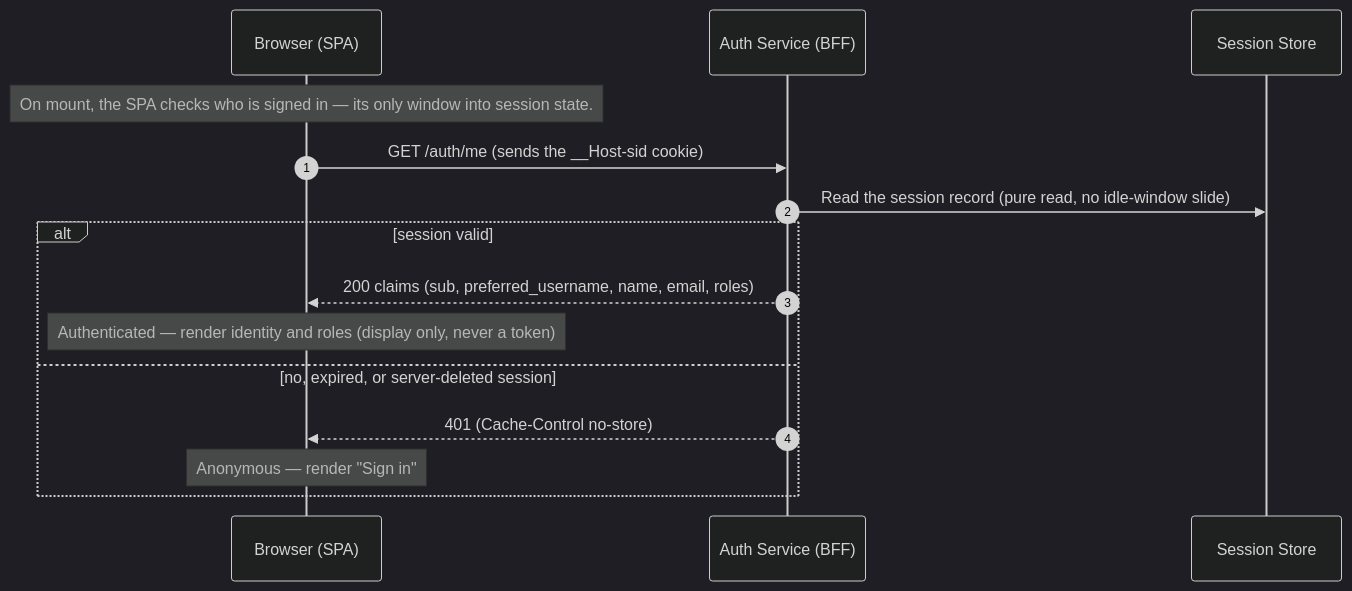
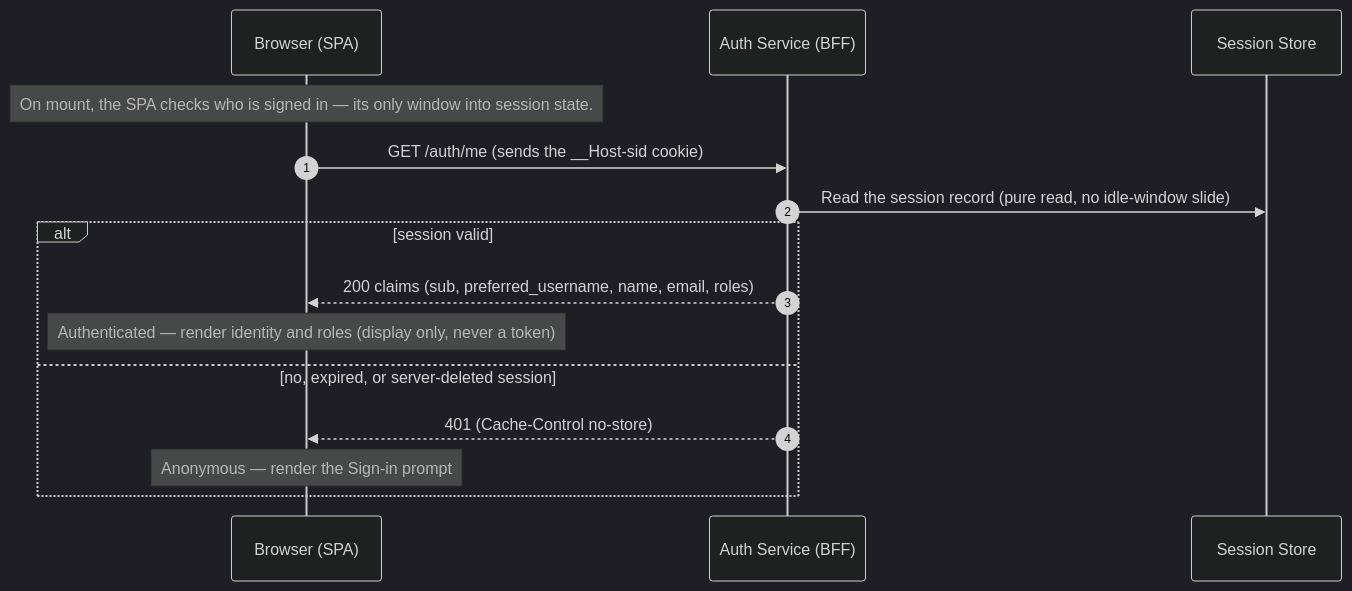
The second of 5 diagrams in README.md (ajaygodbole7/oidc-reference), drawn with Mermaid (dark theme) before and after one commit. The commit also changed other lines of this file, not shown here.

Commit message:
docs(readme): final slop pass — fix a double-quote Mermaid render bug (/auth/me diagram), plainer phrasing

````diff
--- a/README.md
+++ b/README.md
@@ -143,18 +143,18 @@
 ```mermaid
 sequenceDiagram
     autonumber
     participant B as Browser (SPA)
     participant A as Auth Service (BFF)
     participant V as Session Store
 
     Note over B: On mount, the SPA checks who is signed in — its only window into session state.
     B->>A: GET /auth/me (sends the __Host-sid cookie)
     A->>V: Read the session record (pure read, no idle-window slide)
     alt session valid
         A-->>B: 200 claims (sub, preferred_username, name, email, roles)
         Note over B: Authenticated — render identity and roles (display only, never a token)
     else no, expired, or server-deleted session
         A-->>B: 401 (Cache-Control no-store)
-        Note over B: Anonymous — render "Sign in"
+        Note over B: Anonymous — render the Sign-in prompt
     end
 ```
````
